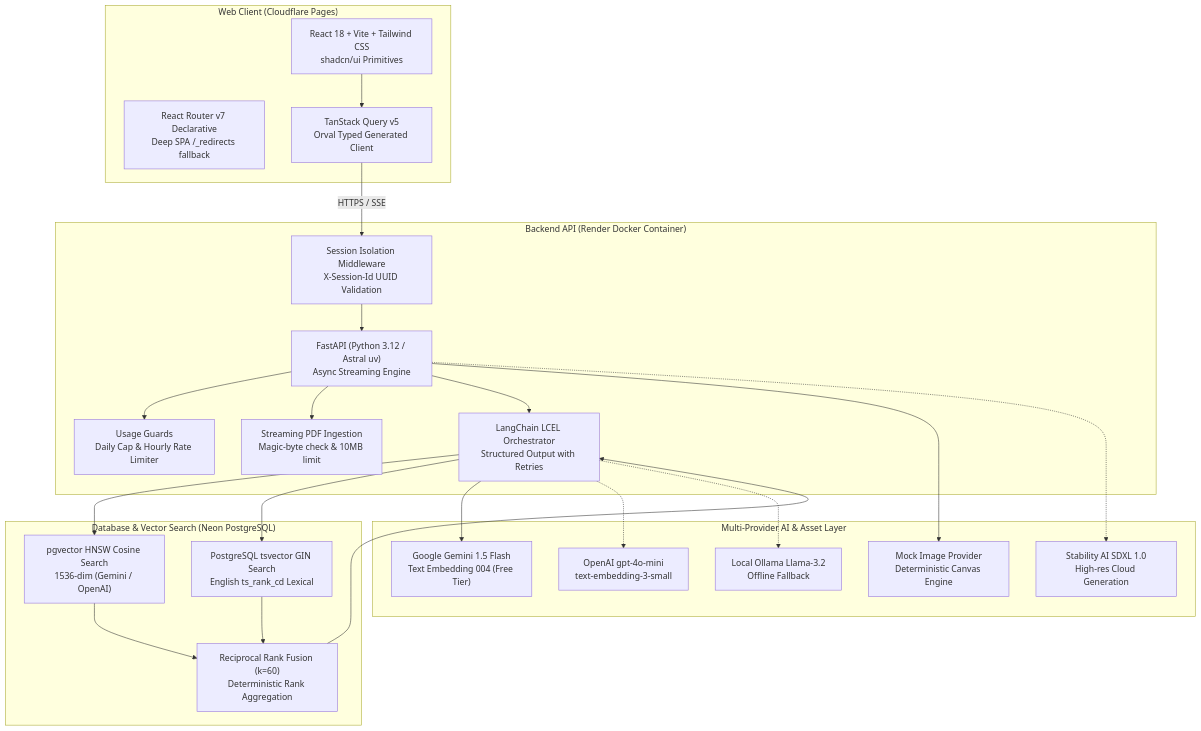
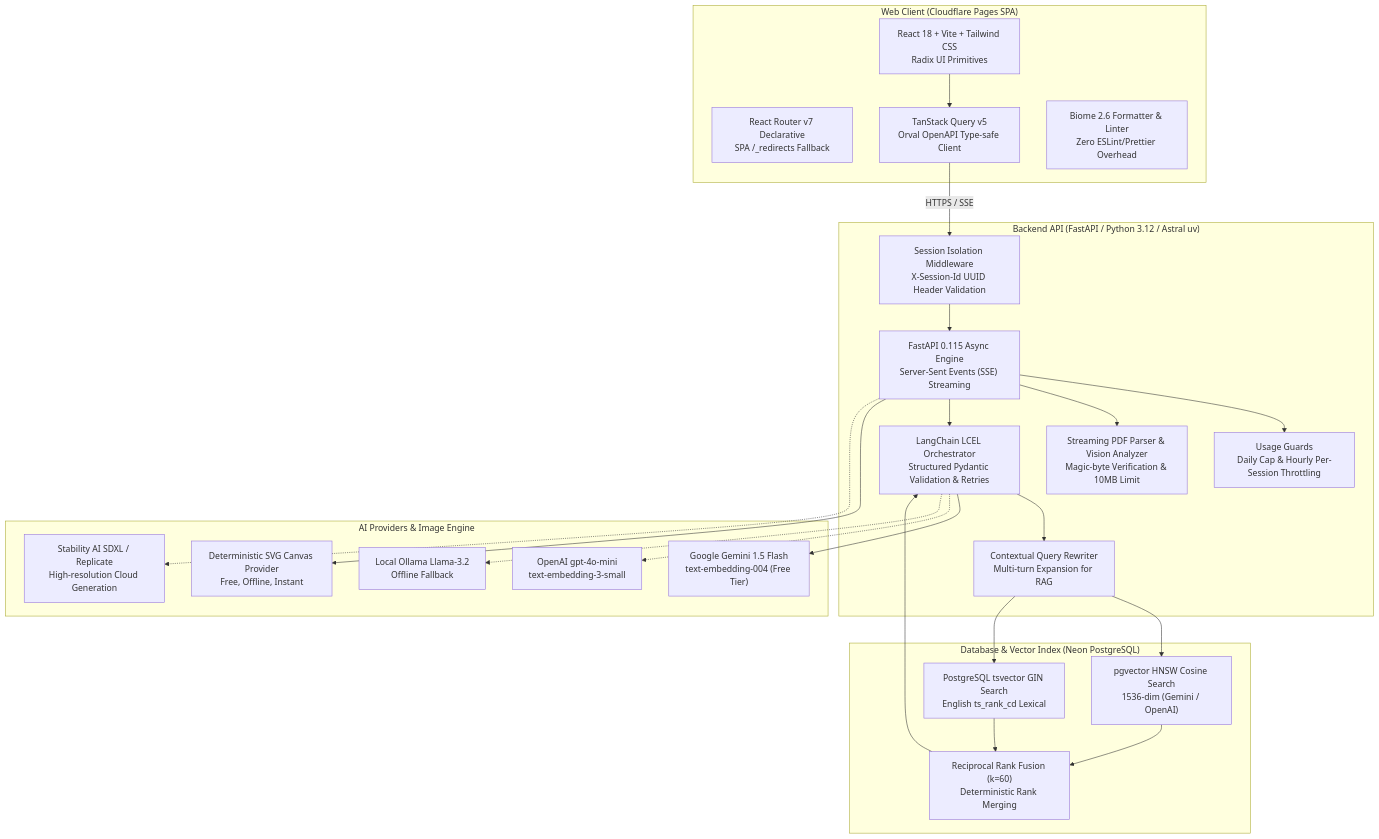
The diagram in README.md (rflishrl/brandmuse), drawn with Mermaid before and after one commit. The commit also changed other lines of this file and 50 other files, not shown here.

````diff
--- a/README.md
+++ b/README.md
@@ -28,47 +30,50 @@
 ```mermaid
 flowchart TD
-    subgraph Client["Web Client (Cloudflare Pages)"]
-        UI["React 18 + Vite + Tailwind CSS\nshadcn/ui Primitives"]
-        Router["React Router v7 Declarative\nDeep SPA /_redirects fallback"]
-        TQ["TanStack Query v5\nOrval Typed Generated Client"]
+    subgraph Client["Web Client (Cloudflare Pages SPA)"]
+        UI["React 18 + Vite + Tailwind CSS\nRadix UI Primitives"]
+        Router["React Router v7 Declarative\nSPA /_redirects Fallback"]
+        TQ["TanStack Query v5\nOrval OpenAPI Type-safe Client"]
+        Tooling["Biome 2.6 Formatter & Linter\nZero ESLint/Prettier Overhead"]
     end
 
-    subgraph API["Backend API (Render Docker Container)"]
-        FastAPI["FastAPI (Python 3.12 / Astral uv)\nAsync Streaming Engine"]
-        Security["Session Isolation Middleware\nX-Session-Id UUID Validation"]
-        RateLimit["Usage Guards\nDaily Cap & Hourly Rate Limiter"]
-        Parse["Streaming PDF Ingestion\nMagic-byte check & 10MB limit"]
-        LC["LangChain LCEL Orchestrator\nStructured Output with Retries"]
+    subgraph API["Backend API (FastAPI / Python 3.12 / Astral uv)"]
+        FastAPI["FastAPI 0.115 Async Engine\nServer-Sent Events (SSE) Streaming"]
+        Security["Session Isolation Middleware\nX-Session-Id UUID Header Validation"]
+        RateLimit["Usage Guards\nDaily Cap & Hourly Per-Session Throttling"]
+        Ingestion["Streaming PDF Parser & Vision Analyzer\nMagic-byte Verification & 10MB Limit"]
+        LC["LangChain LCEL Orchestrator\nStructured Pydantic Validation & Retries"]
+        QueryModule["Contextual Query Rewriter\nMulti-turn Expansion for RAG"]
     end
 
-    subgraph Storage["Database & Vector Search (Neon PostgreSQL)"]
+    subgraph Storage["Database & Vector Index (Neon PostgreSQL)"]
         VecSearch["pgvector HNSW Cosine Search\n1536-dim (Gemini / OpenAI)"]
         FTSearch["PostgreSQL tsvector GIN Search\nEnglish ts_rank_cd Lexical"]
-        RRF["Reciprocal Rank Fusion (k=60)\nDeterministic Rank Aggregation"]
+        RRF["Reciprocal Rank Fusion (k=60)\nDeterministic Rank Merging"]
     end
 
-    subgraph AI["Multi-Provider AI & Asset Layer"]
-        Gemini["Google Gemini 1.5 Flash\nText Embedding 004 (Free Tier)"]
+    subgraph AI["AI Providers & Image Engine"]
+        Gemini["Google Gemini 1.5 Flash\ntext-embedding-004 (Free Tier)"]
         OpenAI["OpenAI gpt-4o-mini\ntext-embedding-3-small"]
         Ollama["Local Ollama Llama-3.2\nOffline Fallback"]
-        MockImg["Mock Image Provider\nDeterministic Canvas Engine"]
-        SD["Stability AI SDXL 1.0\nHigh-res Cloud Generation"]
+        MockImg["Deterministic SVG Canvas Provider\nFree, Offline, Instant"]
+        CloudImg["Stability AI SDXL / Replicate\nHigh-resolution Cloud Generation"]
     end
 
     UI --> TQ
     TQ -->|HTTPS / SSE| Security
     Security --> FastAPI
     FastAPI --> RateLimit
-    FastAPI --> Parse
+    FastAPI --> Ingestion
     FastAPI --> LC
-    LC --> VecSearch
-    LC --> FTSearch
+    LC --> QueryModule
+    QueryModule --> VecSearch
+    QueryModule --> FTSearch
     VecSearch --> RRF
     FTSearch --> RRF
     RRF --> LC
     LC --> Gemini
     LC -.-> OpenAI
     LC -.-> Ollama
     FastAPI --> MockImg
-    FastAPI -.-> SD
+    FastAPI -.-> CloudImg
 ```
````
